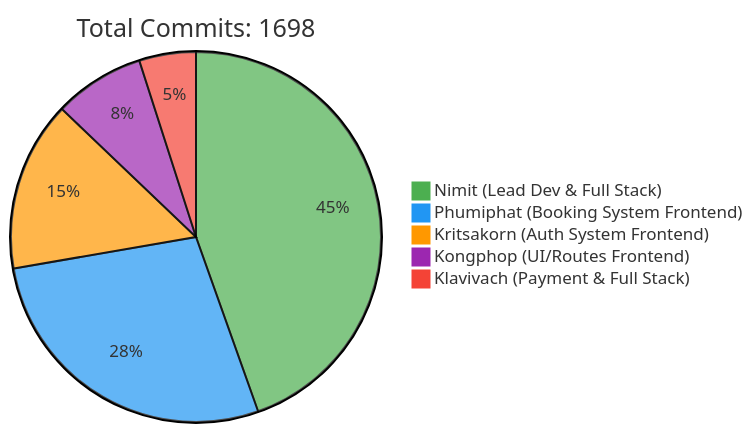
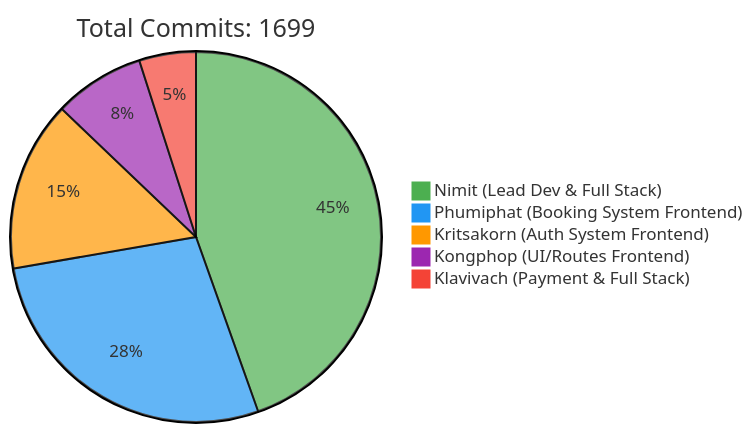
The first of 2 diagrams in README.md (6531503042/Sport-Complex), drawn with Mermaid before and after one commit. The commit also changed other lines of this file, not shown here.

Commit message:
docs: Update contributor statistics [skip ci]

````diff
--- a/README.md
+++ b/README.md
@@ -257,10 +257,10 @@
 ```mermaid
 %%{init: {'theme': 'base', 'themeVariables': { 'pie1': '#4CAF50', 'pie2': '#2196F3', 'pie3': '#FF9800', 'pie4': '#9C27B0', 'pie5': '#F44336'}}}%%
 pie
-    title Total Commits: 1698
+    title Total Commits: 1699
     "Nimit (Lead Dev & Full Stack)" : 450
     "Phumiphat (Booking System Frontend)" : 280
     "Kritsakorn (Auth System Frontend)" : 150
     "Kongphop (UI/Routes Frontend)" : 80
     "Klavivach (Payment & Full Stack)" : 50
 ```
````
